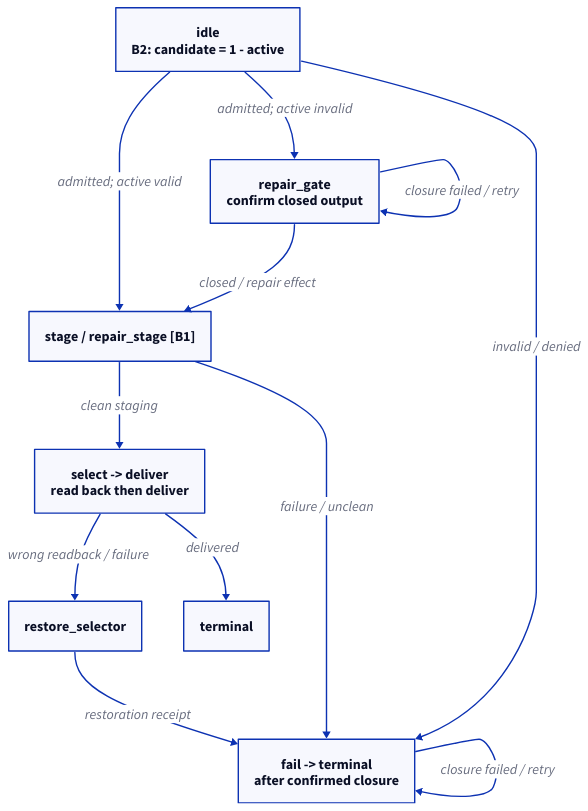
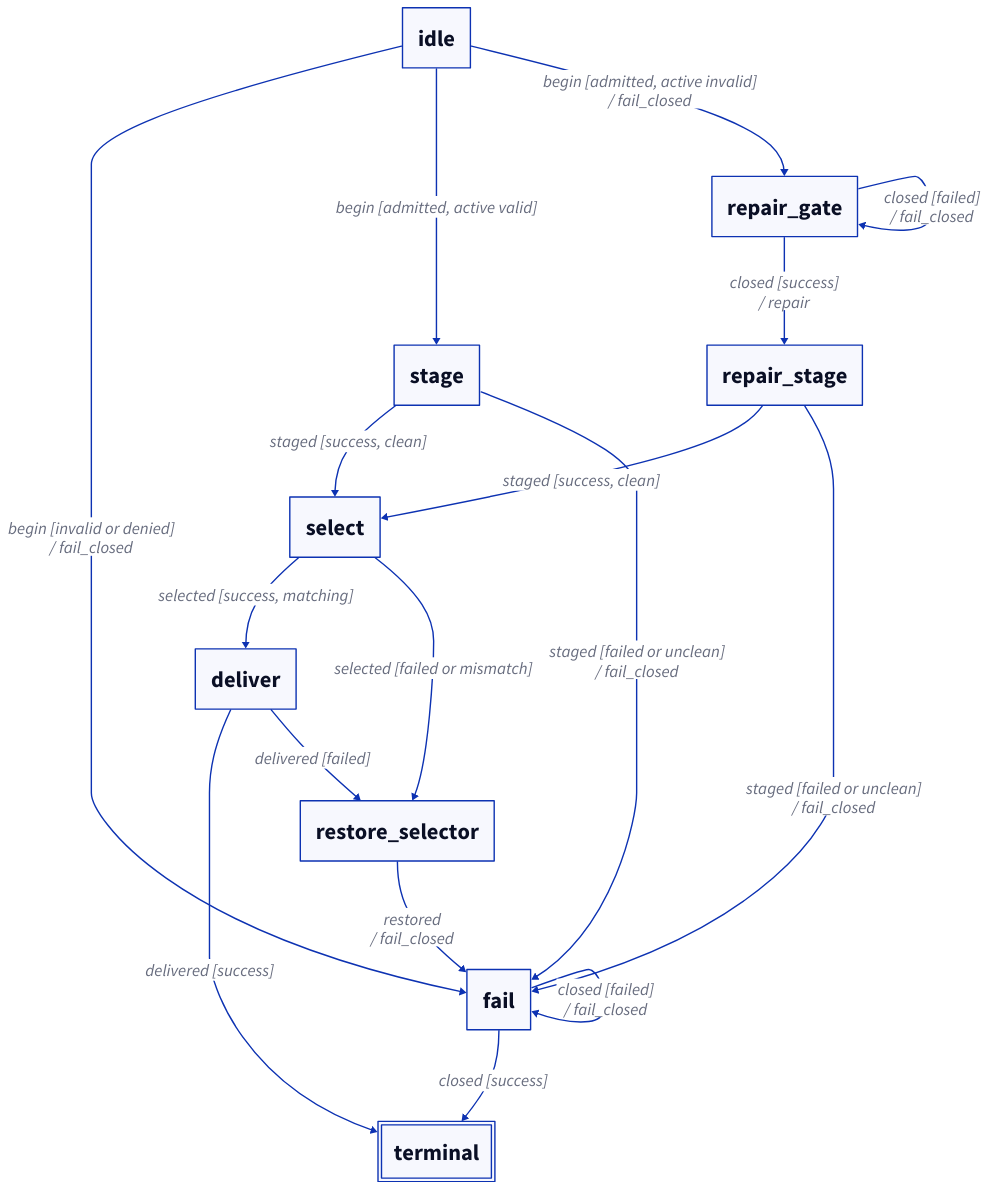
One commit to rei277hz/chromaticity changed the diagram in products/perceptual-grade-book/docs/book/diagrams/04-bank-publication.d2. Above: the diagram before and after it, drawn with D2. The commit also changed 266 other files, not shown here.

```diff
--- a/products/perceptual-grade-book/docs/book/diagrams/04-bank-publication.d2
+++ b/products/perceptual-grade-book/docs/book/diagrams/04-bank-publication.d2
@@ -1,23 +1,33 @@
 direction: down
 
-idle: "idle\nB2: candidate = 1 - active"
-repair: "repair_gate\nconfirm closed output"
-stage: "stage / repair_stage [B1]"
-activation: "select -> deliver\nread back then deliver"
-restore: "restore_selector"
-closed: "fail -> terminal\nafter confirmed closure"
-done: "terminal"
-idle -> stage: "admitted; active valid"
-idle -> repair: "admitted; active invalid"
-idle -> closed: "invalid / denied"
-repair -> repair: "closure failed / retry"
-repair -> stage: "closed / repair effect"
-stage -> activation: "clean staging"
-stage -> closed: "failure / unclean"
-activation -> restore: "wrong readback / failure"
-restore -> closed: "restoration receipt"
-activation -> done: "delivered"
-closed -> closed: "closure failed / retry"
+idle: "idle"
+repair_gate: "repair_gate"
+repair_stage: "repair_stage"
+stage: "stage"
+select: "select"
+deliver: "deliver"
+restore_selector: "restore_selector"
+fail: "fail"
+terminal: "terminal" {
+  style.double-border: true
+}
 
-**.style.font-size: 20
-(** -> **)[*].style.font-size: 20
+idle -> fail: "begin [invalid or denied]\n/ fail_closed"
+idle -> stage: "begin [admitted, active valid]"
+idle -> repair_gate: "begin [admitted, active invalid]\n/ fail_closed"
+repair_gate -> repair_gate: "closed [failed]\n/ fail_closed"
+repair_gate -> repair_stage: "closed [success]\n/ repair"
+stage -> select: "staged [success, clean]"
+stage -> fail: "staged [failed or unclean]\n/ fail_closed"
+repair_stage -> select: "staged [success, clean]"
+repair_stage -> fail: "staged [failed or unclean]\n/ fail_closed"
+select -> deliver: "selected [success, matching]"
+select -> restore_selector: "selected [failed or mismatch]"
+deliver -> terminal: "delivered [success]"
+deliver -> restore_selector: "delivered [failed]"
+restore_selector -> fail: "restored\n/ fail_closed"
+fail -> fail: "closed [failed]\n/ fail_closed"
+fail -> terminal: "closed [success]"
+
+**.style.font-size: 32
+(** -> **)[*].style.font-size: 24
```
